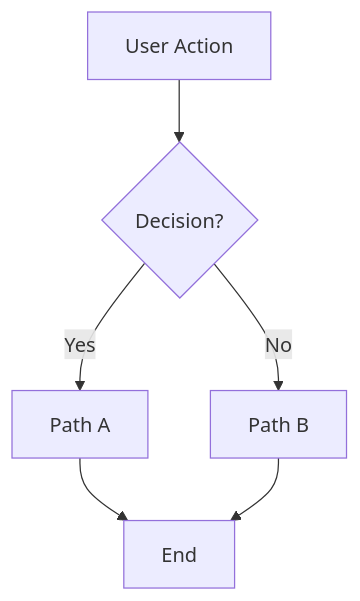
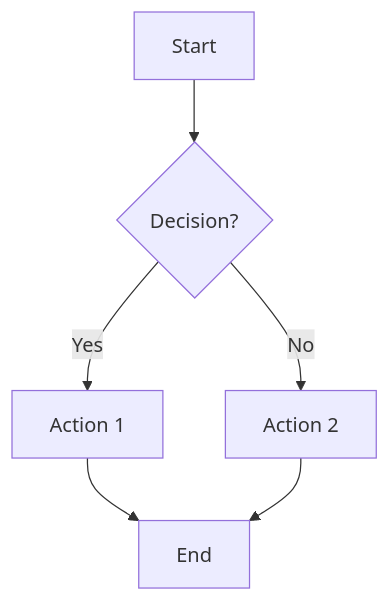
One commit to kv0906/pm-kit changed the diagram in .claude/agents/rapid-prototyper.md. Above: the diagram before and after it, drawn with Mermaid. The commit also changed other lines of this file and 53 other files, not shown here.

````diff
--- a/.claude/agents/rapid-prototyper.md
+++ b/.claude/agents/rapid-prototyper.md
@@ -265,8 +69,8 @@
 ```mermaid
 flowchart TD
-    A[User Action] --> B{Decision?}
-    B -->|Yes| C[Path A]
-    B -->|No| D[Path B]
+    A[Start] --> B{Decision?}
+    B -->|Yes| C[Action 1]
+    B -->|No| D[Action 2]
     C --> E[End]
     D --> E
 ```
````
